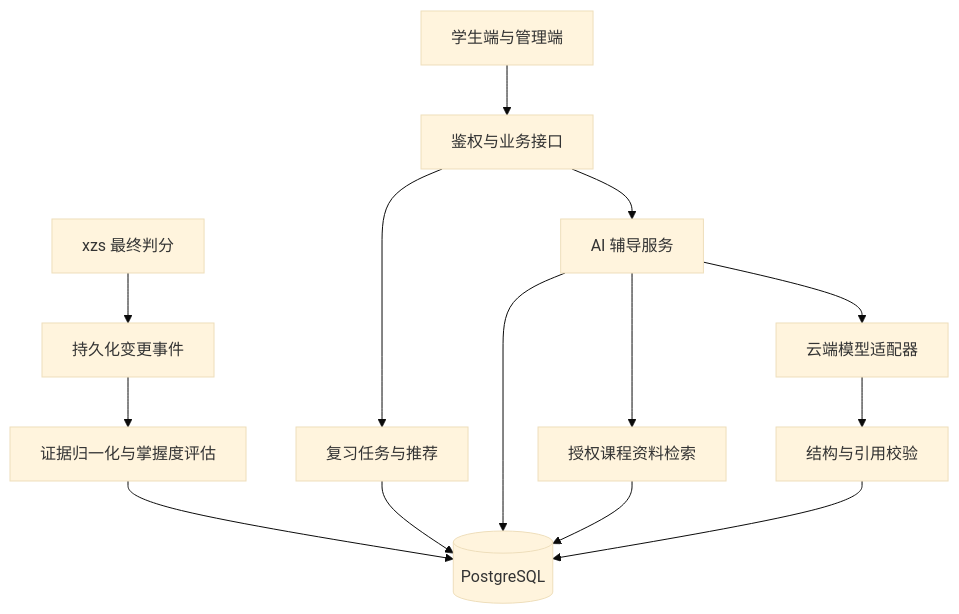
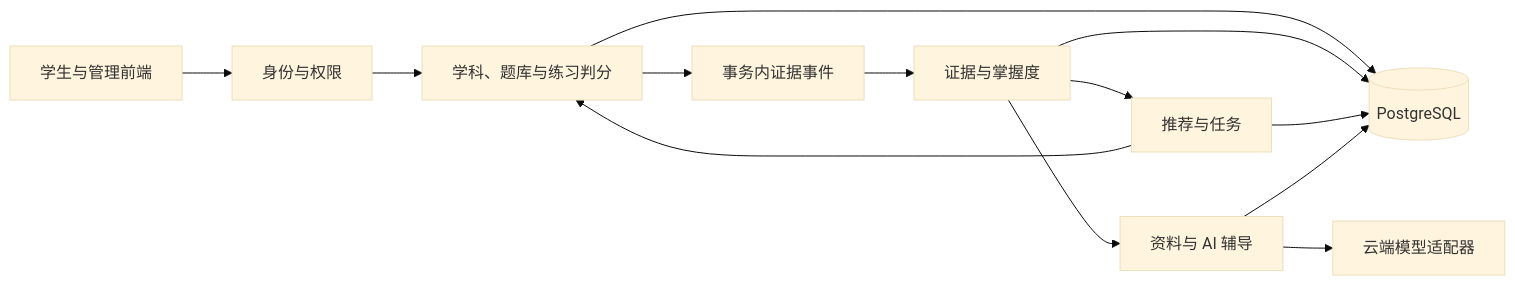
One commit to zhaoliyang936-cloud/ReviewSystem changed the diagram in docs/技术设计文档.md. Above: the diagram before and after it, drawn with Mermaid (base theme). The commit also changed other lines of this file and 1 other file, not shown here.

````diff
--- a/docs/技术设计文档.md
+++ b/docs/技术设计文档.md
@@ -21,16 +28,15 @@
 ```mermaid
-flowchart TD
-  UI[学生端与管理端] --> API[鉴权与业务接口]
-  API --> TASK[复习任务与推荐]
-  API --> AI[AI 辅导服务]
-  BASE[xzs 最终判分] --> EVENT[持久化变更事件]
-  EVENT --> EVIDENCE[证据归一化与掌握度评估]
-  EVIDENCE --> DB[(PostgreSQL)]
+flowchart LR
+  UI[学生与管理前端] --> AUTH[身份与权限]
+  AUTH --> CORE[学科、题库与练习判分]
+  CORE --> EVENT[事务内证据事件]
+  EVENT --> MASTERY[证据与掌握度]
+  MASTERY --> TASK[推荐与任务]
+  TASK --> CORE
+  MASTERY --> AI[资料与 AI 辅导]
+  CORE --> DB[(PostgreSQL)]
+  MASTERY --> DB
   TASK --> DB
   AI --> DB
-  AI --> MATERIAL[授权课程资料检索]
-  MATERIAL --> DB
-  AI --> PROVIDER[云端模型适配器]
-  PROVIDER --> CHECK[结构与引用校验]
-  CHECK --> DB
+  AI --> MODEL[云端模型适配器]
 ```
````
